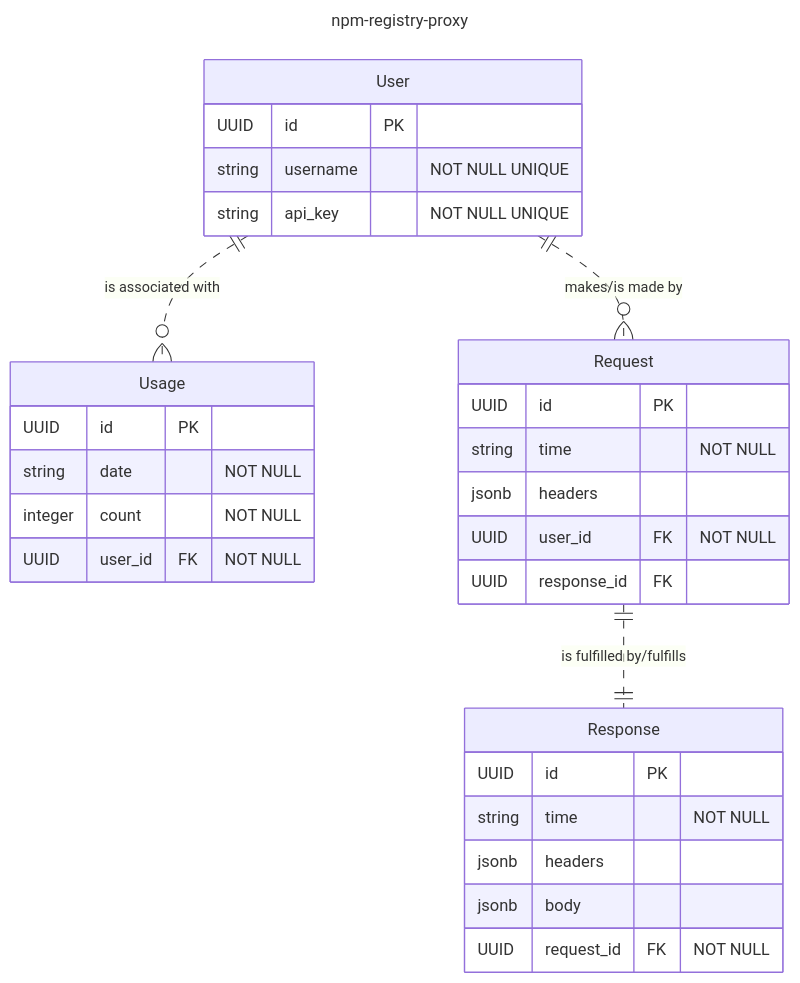
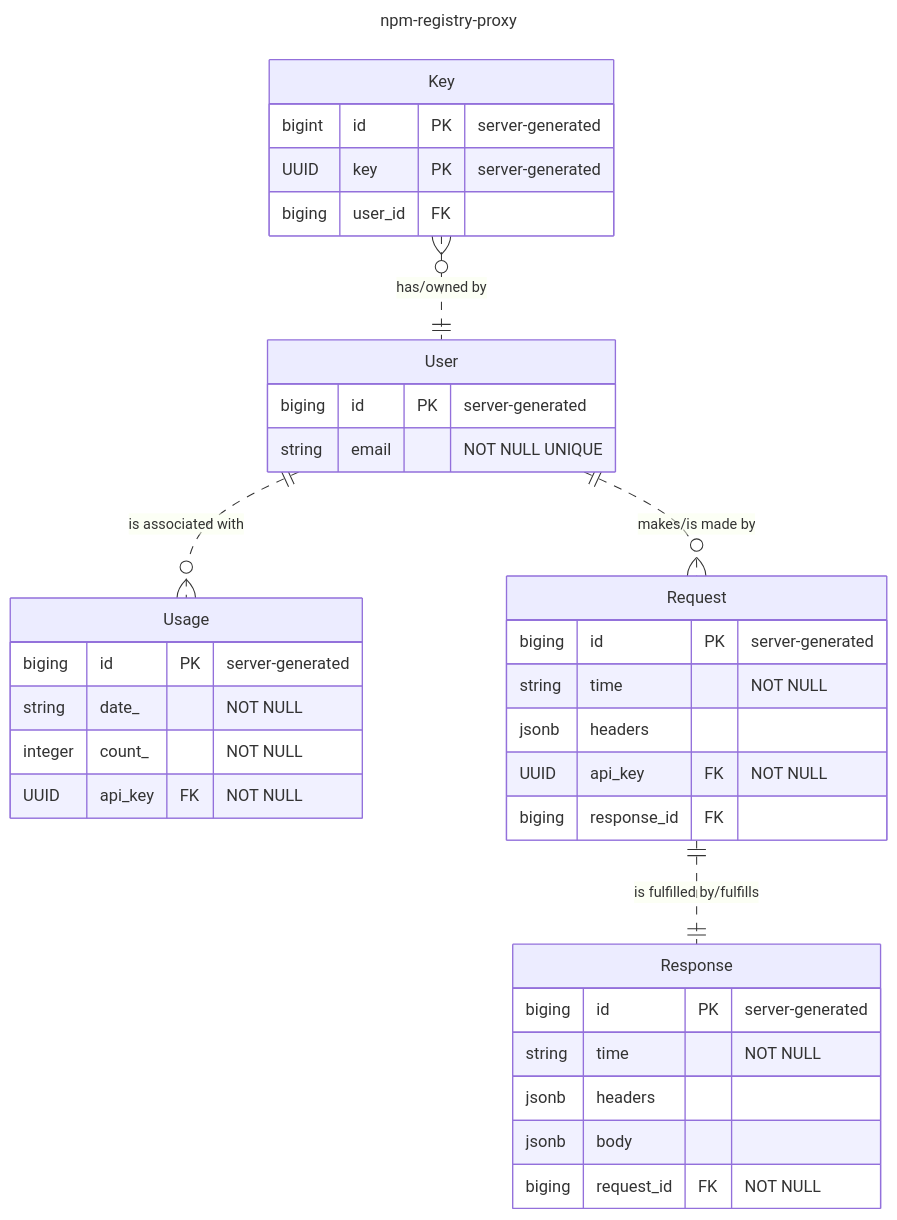
One commit to eisukeesaki/npm-registry-api-proxy changed the diagram in appdata/diagrams/entity-relationship-diagram.mmd. Above: the diagram before and after it, drawn with Mermaid. The commit also changed 1 other file, not shown here.

Commit message:
update ERD to reflect changes to data model

```diff
--- a/appdata/diagrams/entity-relationship-diagram.mmd
+++ b/appdata/diagrams/entity-relationship-diagram.mmd
@@ -1,32 +1,37 @@
 ---
 title: npm-registry-proxy
 ---
 erDiagram
-    User ||..o{ Usage: "is associated with"
-    User ||..o{ Request: "makes/is made by"
-    Request ||..|| Response: "is fulfilled by/fulfills"
     User {
-        UUID id PK
-        string username "NOT NULL UNIQUE"
-        string api_key "NOT NULL UNIQUE"
+        biging id PK "server-generated"
+        string email "NOT NULL UNIQUE"
+    }
+    Key {
+        bigint id PK "server-generated"
+        UUID key PK "server-generated"
+        biging user_id FK
     }
     Usage {
-        UUID id PK
-        string date "NOT NULL"
-        integer count "NOT NULL"
-        UUID user_id FK "NOT NULL"
+        biging id PK "server-generated"
+        string date_ "NOT NULL"
+        integer count_ "NOT NULL"
+        UUID api_key FK "NOT NULL"
     }
     Request {
-        UUID id PK
+        biging id PK "server-generated"
         string time "NOT NULL"
         jsonb headers
-        UUID user_id FK "NOT NULL"
-        UUID response_id FK
+        UUID api_key FK "NOT NULL"
+        biging response_id FK
     }
     Response {
-        UUID id PK
+        biging id PK "server-generated"
         string time "NOT NULL"
         jsonb headers
         jsonb body
-        UUID request_id FK "NOT NULL"
+        biging request_id FK "NOT NULL"
     }
+    User ||..o{ Usage: "is associated with"
+    Key }o..|| User: "has/owned by"
+    User ||..o{ Request: "makes/is made by"
+    Request ||..|| Response: "is fulfilled by/fulfills"
```
